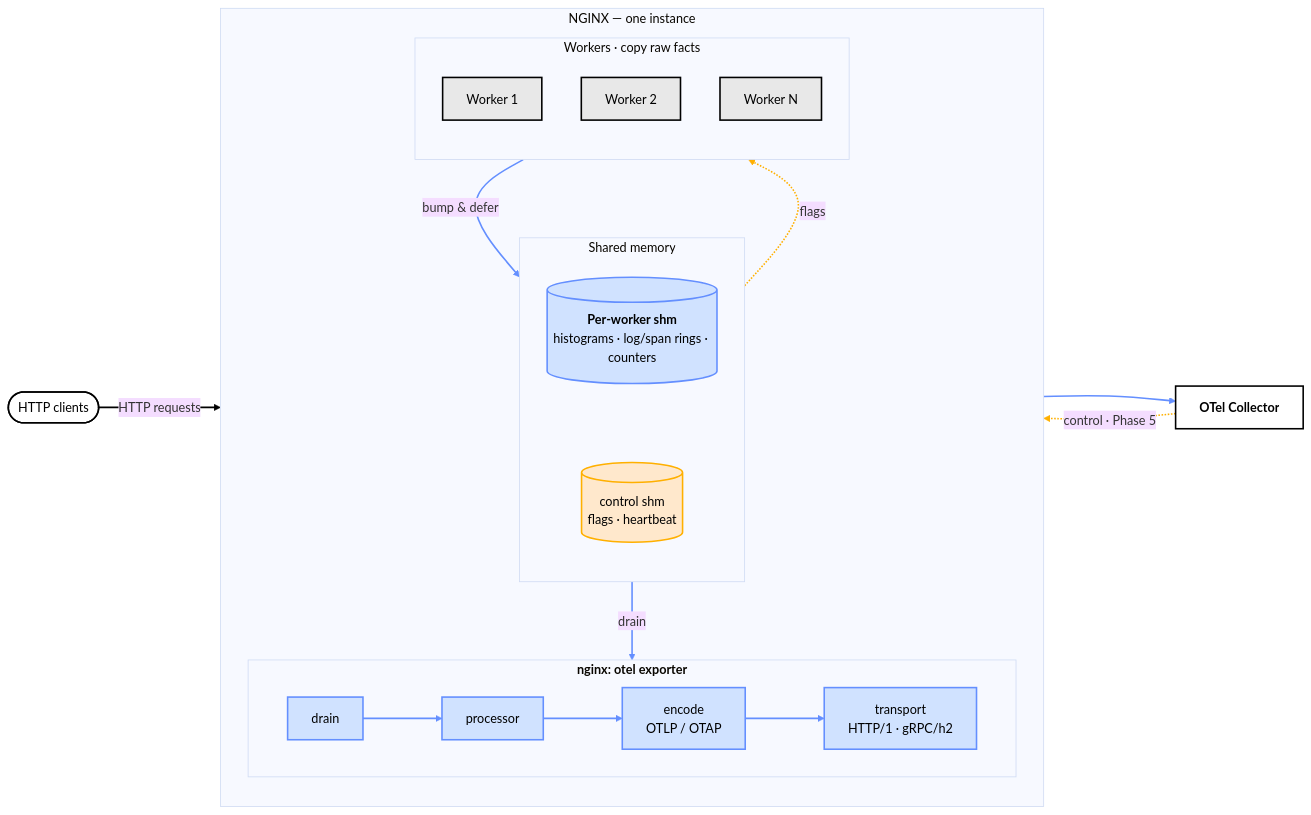
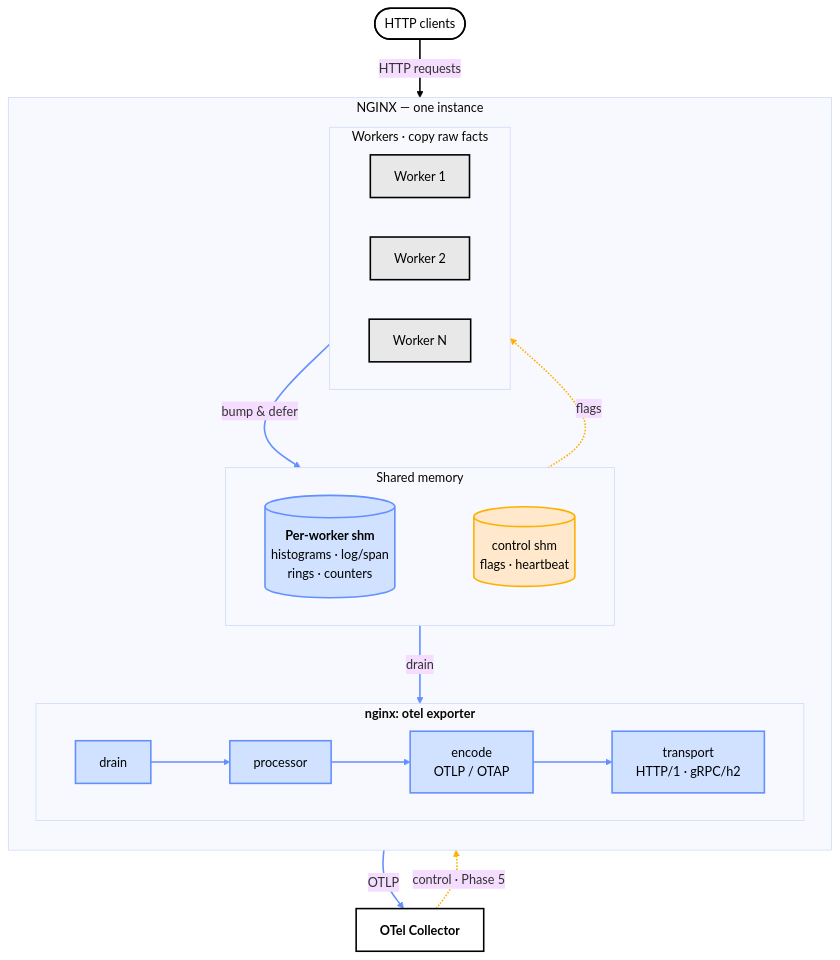
Before and after one commit to CVanF5/ngx-otel-rust: the diagram in README.md, drawn with Mermaid (base theme). The commit also changed other lines of this file, not shown here.

First line of the commit message:
docs(readme): drop AVR reference; architecture diagram top-down + narrower

````diff
--- a/README.md
+++ b/README.md
@@ -62,42 +63,42 @@
 ```mermaid
-flowchart LR
+flowchart TB
     Client(["HTTP clients"]):::ext
 
     subgraph NGINX["NGINX — one instance"]
         direction TB
         subgraph Workers["Workers · copy raw facts"]
-            direction TB
+            direction LR
             W1["Worker 1"]:::data
             W2["Worker 2"]:::data
             W3["Worker N"]:::data
         end
         subgraph Shm["Shared memory"]
-            direction TB
-            SHM[("<b>Per-worker shm</b><br/>histograms · log/span rings · counters")]:::tel
+            direction LR
+            SHM[("<b>Per-worker shm</b><br/>histograms · log/span<br/>rings · counters")]:::tel
             Ctl[("control shm<br/>flags · heartbeat")]:::ctl
             SHM ~~~ Ctl
         end
         subgraph Exporter["<b>nginx: otel exporter</b>"]
             direction LR
             Drain["drain"]:::tel --> Proc["processor"]:::tel --> Encode["encode<br/>OTLP / OTAP"]:::tel --> Tx["transport<br/>HTTP/1 · gRPC/h2"]:::tel
         end
     end
 
     Coll["<b>OTel Collector</b>"]:::ext
 
     Client -->|"HTTP requests"| Workers
     Workers -->|"bump &amp; defer"| SHM
     SHM -->|"drain"| Drain
-    Tx --> Coll
+    Tx -->|"OTLP"| Coll
     Coll -.->|"control · Phase 5"| Tx
     Ctl -.->|"flags"| Workers
 
     classDef data fill:#e8e8e8,stroke:#000000,stroke-width:2px,color:#000000;
     classDef tel fill:#d0e2ff,stroke:#648FFF,stroke-width:2px,color:#000000;
     classDef ctl fill:#ffe8cc,stroke:#FFB000,stroke-width:2px,color:#000000;
     classDef ext fill:#ffffff,stroke:#000000,stroke-width:2px,color:#000000;
 
     linkStyle 1,2,3,5,6,7 stroke:#648FFF,stroke-width:2px;
     linkStyle 4 stroke:#000000,stroke-width:2px;
     linkStyle 8,9 stroke:#FFB000,stroke-width:2px;
 ```
````
